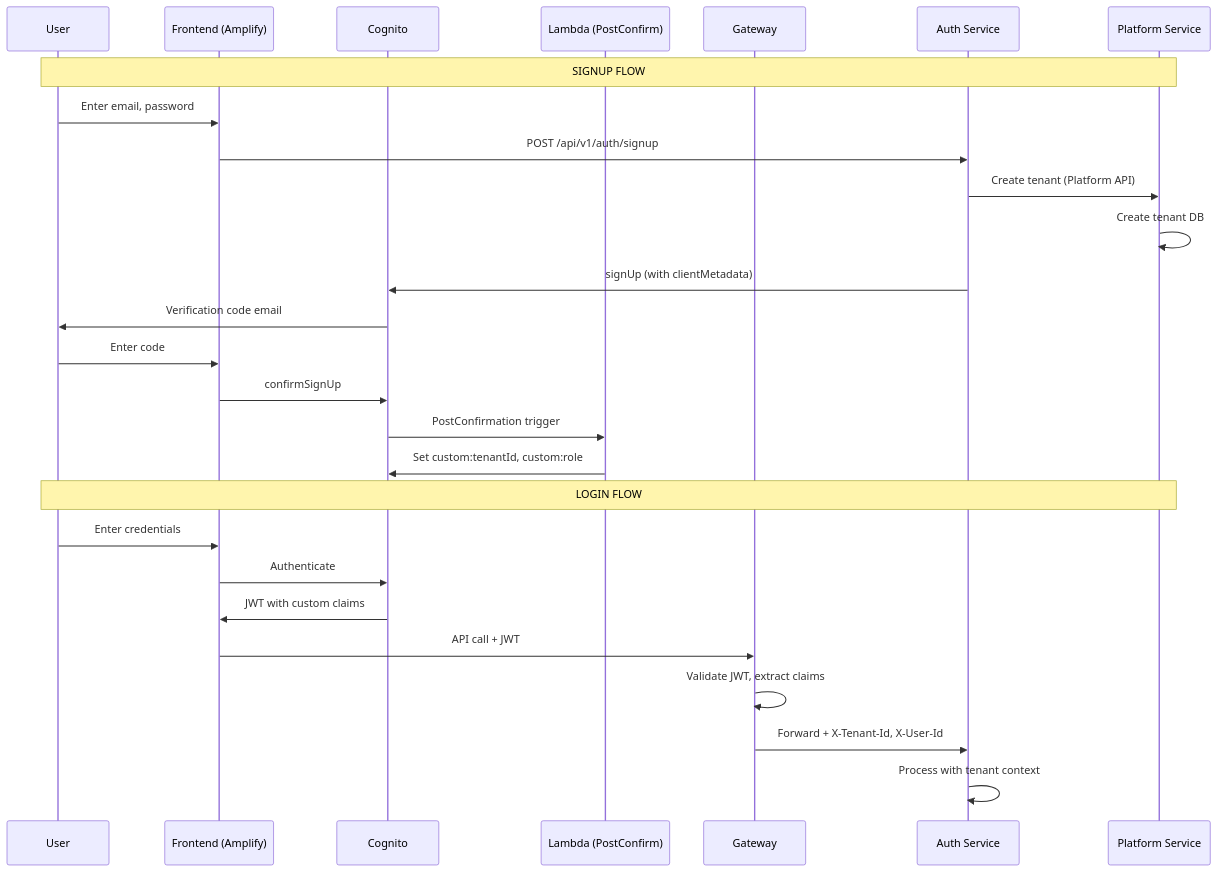
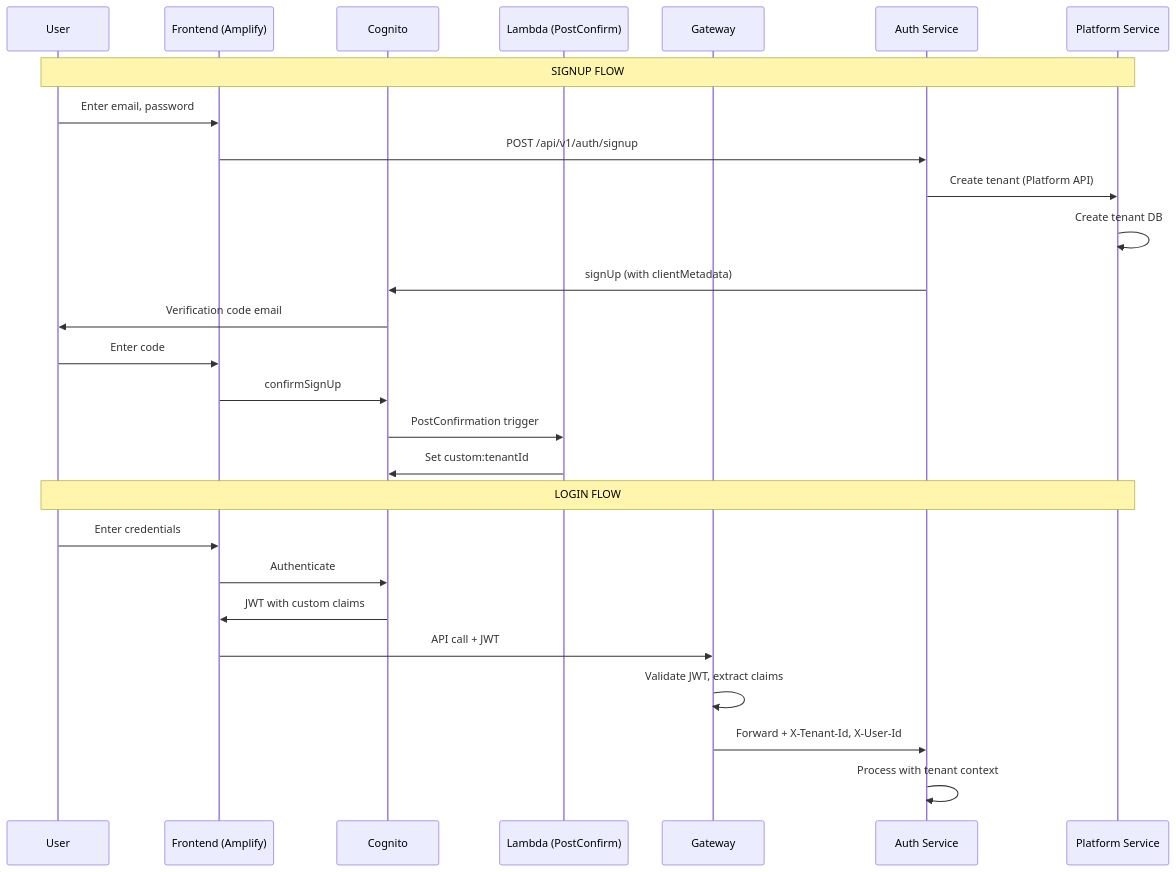
One commit to pawanraocse/aws-infra changed the second of 11 diagrams in HLD.md. Above: the diagram before and after it, drawn with Mermaid. The commit also changed other lines of this file and 81 other files, not shown here.

Commit message:
Refactor role management: update role names from 'tenant-admin' to 'admin' and 'tenant-user' to 'user'; adjust related DTOs, services, and UI components for consistency.

````diff
--- a/HLD.md
+++ b/HLD.md
@@ -291,31 +291,31 @@
 ```mermaid
 sequenceDiagram
     participant U as User
     participant F as Frontend (Amplify)
     participant C as Cognito
     participant L as Lambda (PostConfirm)
     participant G as Gateway
     participant A as Auth Service
     participant P as Platform Service
 
     Note over U,P: SIGNUP FLOW
     U->>F: Enter email, password
     F->>A: POST /api/v1/auth/signup
     A->>P: Create tenant (Platform API)
     P->>P: Create tenant DB
     A->>C: signUp (with clientMetadata)
     C->>U: Verification code email
     U->>F: Enter code
     F->>C: confirmSignUp
     C->>L: PostConfirmation trigger
-    L->>C: Set custom:tenantId, custom:role
+    L->>C: Set custom:tenantId
 
     Note over U,P: LOGIN FLOW
     U->>F: Enter credentials
     F->>C: Authenticate
     C->>F: JWT with custom claims
     F->>G: API call + JWT
     G->>G: Validate JWT, extract claims
     G->>A: Forward + X-Tenant-Id, X-User-Id
     A->>A: Process with tenant context
 ```
````
